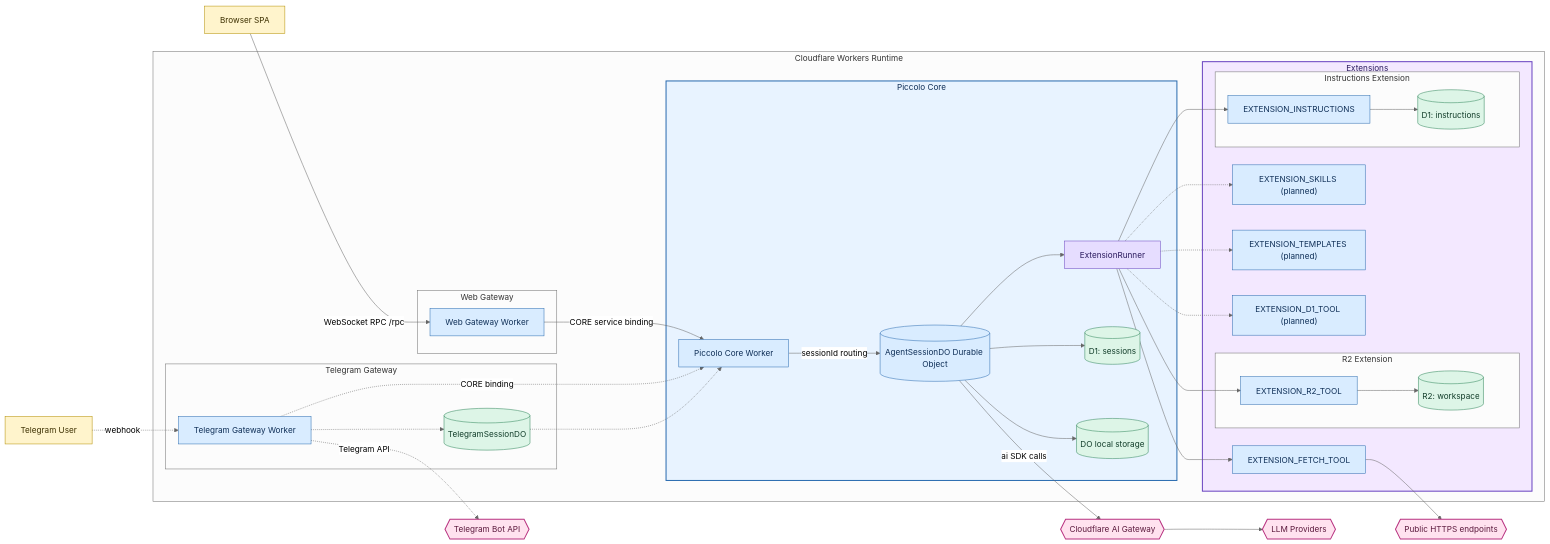
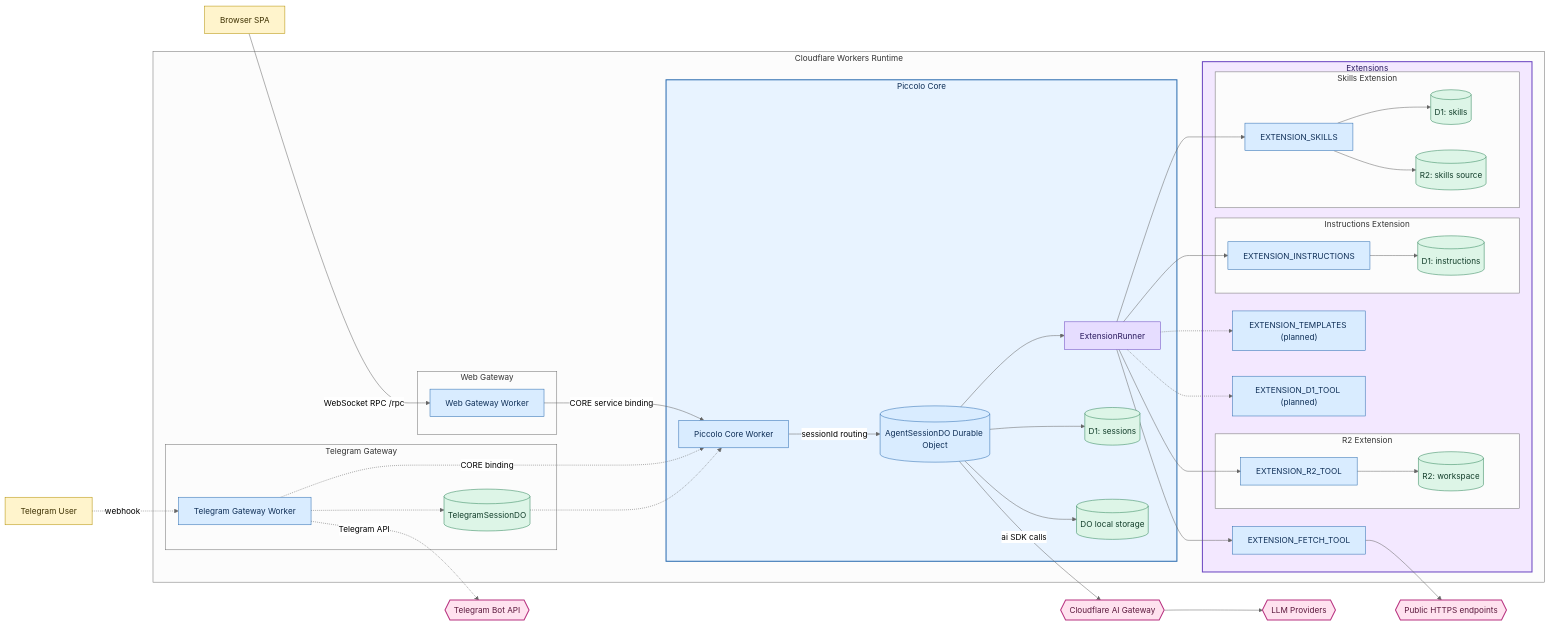
The diagram in specs/architecture-diagram.md (mikea/piccolo), drawn with Mermaid (neutral theme) before and after one commit. The commit also changed 20 other files, not shown here.

Commit message:
skills extension

```diff
--- a/specs/architecture-diagram.md
+++ b/specs/architecture-diagram.md
@@ -34,7 +34,11 @@
         ext_instructions["EXTENSION_INSTRUCTIONS"]
         d1_instructions[("D1: instructions")]
       end
-      ext_skills["EXTENSION_SKILLS (planned)"]
+      subgraph skills_group["Skills Extension"]
+        ext_skills["EXTENSION_SKILLS"]
+        d1_skills[("D1: skills")]
+        r2_skills_source[("R2: skills source")]
+      end
       ext_templates["EXTENSION_TEMPLATES (planned)"]
       ext_d1["EXTENSION_D1_TOOL (planned)"]
     end
@@ -57,13 +61,15 @@
   extension_runner --> ext_fetch
   extension_runner --> ext_r2
   extension_runner --> ext_instructions
-  extension_runner -.-> ext_skills
+  extension_runner --> ext_skills
   extension_runner -.-> ext_templates
   extension_runner -.-> ext_d1
 
   ext_fetch --> public_web
   ext_r2 --> r2_workspace
   ext_instructions --> d1_instructions
+  ext_skills --> d1_skills
+  ext_skills --> r2_skills_source
 
   telegram_user -.->|"webhook"| tg_gateway
   tg_gateway -.->|"Telegram API"| telegram_api
@@ -80,7 +86,7 @@
   class browser,telegram_user client;
   class web_gateway,core_worker,session_do,ext_fetch,ext_r2,ext_instructions,ext_skills,ext_templates,ext_d1,tg_gateway worker;
   class extension_runner orchestrator;
-  class d1_sessions,do_storage,r2_workspace,d1_instructions,tg_session_do storage;
+  class d1_sessions,do_storage,r2_workspace,d1_instructions,d1_skills,r2_skills_source,tg_session_do storage;
   class ai_gateway,llm_providers,public_web,telegram_api external;
 
   style core_group fill:#e8f3ff,stroke:#2b6cb0,stroke-width:2px,color:#0f2f57;
```
